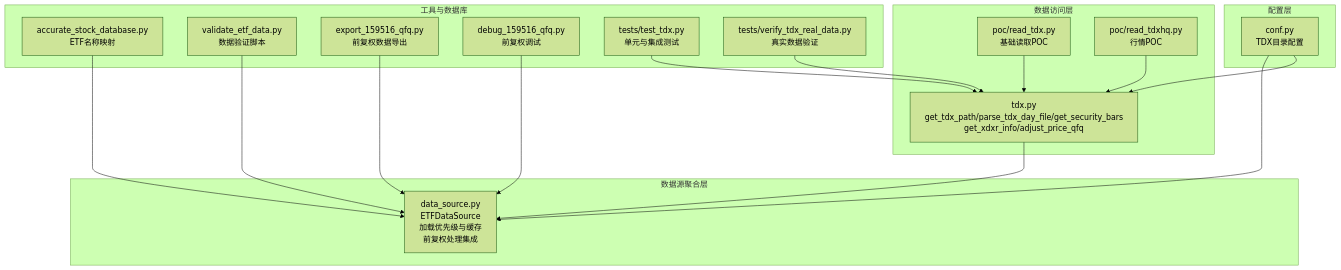
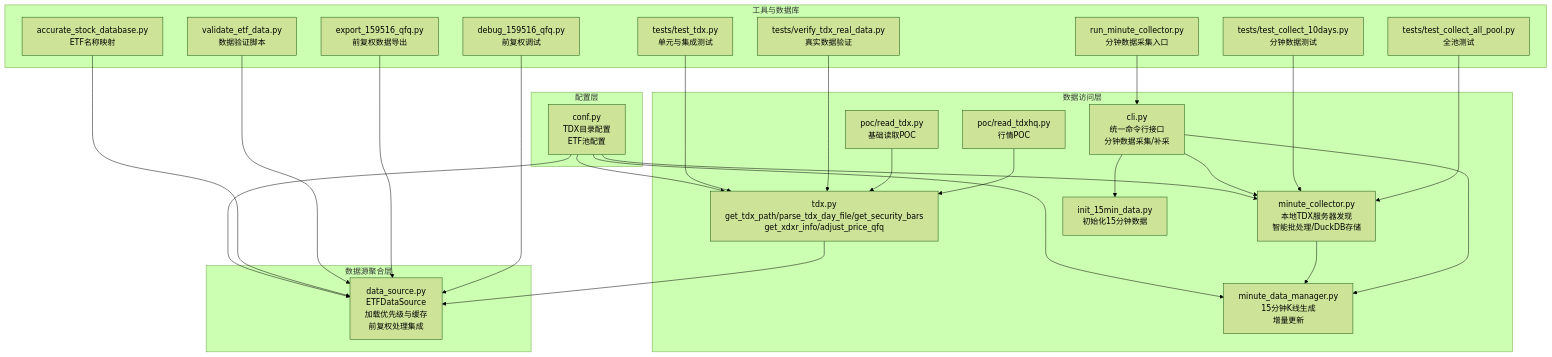
Before and after one commit to ldeng76/quant-ETF: the first of 14 diagrams in .qoder/repowiki/zh/content/数据处理系统/TDX数据集成.md, drawn with Mermaid (forest theme). The commit also changed other lines of this file and 18 other files, not shown here.

````diff
--- a/.qoder/repowiki/zh/content/数据处理系统/TDX数据集成.md
+++ b/.qoder/repowiki/zh/content/数据处理系统/TDX数据集成.md
@@ -49,33 +62,49 @@
 ```mermaid
 graph TB
 subgraph "配置层"
-CONF["conf.py<br/>TDX目录配置"]
+CONF["conf.py<br/>TDX目录配置<br/>ETF池配置"]
 end
 subgraph "数据访问层"
 TDX["tdx.py<br/>get_tdx_path/parse_tdx_day_file/get_security_bars<br/>get_xdxr_info/adjust_price_qfq"]
+MIN_COLLECT["minute_collector.py<br/>本地TDX服务器发现<br/>智能批处理/DuckDB存储"]
+MIN_MGR["minute_data_manager.py<br/>15分钟K线生成<br/>增量更新"]
+CLI["cli.py<br/>统一命令行接口<br/>分钟数据采集/补采"]
+INIT_15["init_15min_data.py<br/>初始化15分钟数据"]
 POC1["poc/read_tdx.py<br/>基础读取POC"]
 POC2["poc/read_tdxhq.py<br/>行情POC"]
 end
 subgraph "数据源聚合层"
 DS["data_source.py<br/>ETFDataSource<br/>加载优先级与缓存<br/>前复权处理集成"]
 end
 subgraph "工具与数据库"
 ACC_DB["accurate_stock_database.py<br/>ETF名称映射"]
 VALIDATE["validate_etf_data.py<br/>数据验证脚本"]
 EXPORT["export_159516_qfq.py<br/>前复权数据导出"]
 DEBUG["debug_159516_qfq.py<br/>前复权调试"]
 TEST["tests/test_tdx.py<br/>单元与集成测试"]
 VERIFY["tests/verify_tdx_real_data.py<br/>真实数据验证"]
+TEST_MIN["tests/test_collect_10days.py<br/>分钟数据测试"]
+TEST_ALL["tests/test_collect_all_pool.py<br/>全池测试"]
+RUN_MIN["run_minute_collector.py<br/>分钟数据采集入口"]
 end
 CONF --> TDX
+CONF --> MIN_COLLECT
+CONF --> MIN_MGR
 CONF --> DS
 TDX --> DS
+MIN_COLLECT --> MIN_MGR
+CLI --> MIN_COLLECT
+CLI --> MIN_MGR
+CLI --> INIT_15
 ACC_DB --> DS
 VALIDATE --> DS
 EXPORT --> DS
 DEBUG --> DS
 TEST --> TDX
 VERIFY --> TDX
+TEST_MIN --> MIN_COLLECT
+TEST_ALL --> MIN_COLLECT
+RUN_MIN --> CLI
 POC1 --> TDX
 POC2 --> TDX
 ```
````
